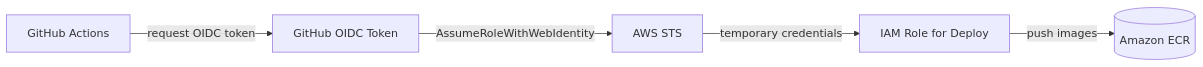
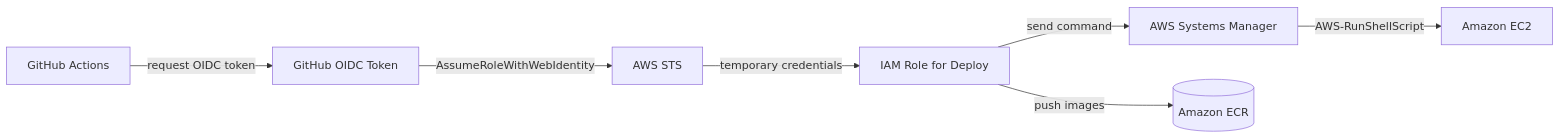
Before and after one commit to Li-Bertygi/job-selection-tracker: the second of 3 diagrams in docs/architecture.md, drawn with Mermaid. The commit also changed other lines of this file and 15 other files, not shown here.

Commit message:
Switch: EC2 deployment to SSM Run Command

````diff
--- a/docs/architecture.md
+++ b/docs/architecture.md
@@ -68,13 +68,17 @@
 ```mermaid
 flowchart LR
     GHA[GitHub Actions]
     Token[GitHub OIDC Token]
     STS[AWS STS]
     Role[IAM Role for Deploy]
+    SSM[AWS Systems Manager]
     ECR[(Amazon ECR)]
+    EC2[Amazon EC2]
 
     GHA -->|request OIDC token| Token
     Token -->|AssumeRoleWithWebIdentity| STS
     STS -->|temporary credentials| Role
     Role -->|push images| ECR
+    Role -->|send command| SSM
+    SSM -->|AWS-RunShellScript| EC2
 ```
````
